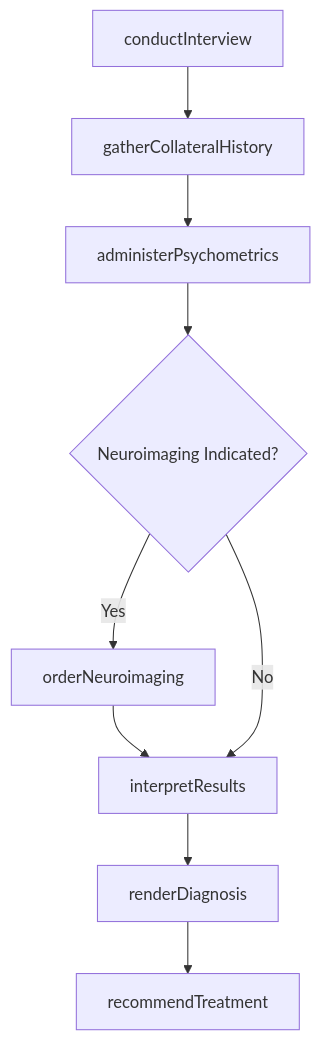
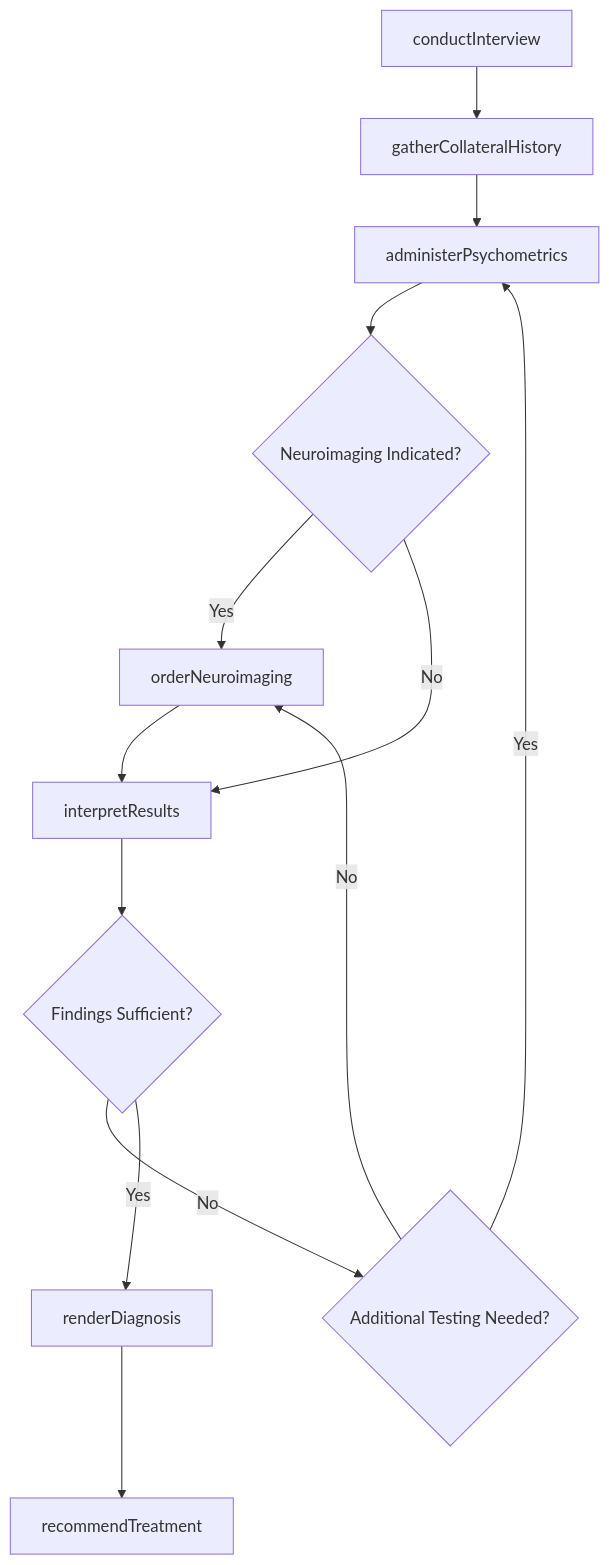
One commit to dot-org-ai/tasks.org.ai changed the third of 4 diagrams in MakingDecisionsAndSolvingProblems/DiagnoseHealthConditionsOrDisorders/DiagnoseNeuralPsychologicalDisorders.mdx. Above: the diagram before and after it, drawn with Mermaid. The commit also changed other lines of this file and 266 other files, not shown here.

First line of the commit message:
feat: Add ER diagrams, state diagrams to wave 2 batch (251 DWA files)

````diff
--- a/MakingDecisionsAndSolvingProblems/DiagnoseHealthConditionsOrDisorders/DiagnoseNeuralPsychologicalDisorders.mdx
+++ b/MakingDecisionsAndSolvingProblems/DiagnoseHealthConditionsOrDisorders/DiagnoseNeuralPsychologicalDisorders.mdx
@@ -86,11 +115,15 @@
 ```mermaid
 graph TD
     A[conductInterview] --> B[gatherCollateralHistory]
     B --> C[administerPsychometrics]
     C --> D{Neuroimaging Indicated?}
     D -->|Yes| E[orderNeuroimaging]
     E --> F[interpretResults]
     D -->|No| F
-    F --> G[renderDiagnosis]
-    G --> H[recommendTreatment]
+    F --> G{Findings Sufficient?}
+    G -->|No| H{Additional Testing Needed?}
+    H -->|Yes| C
+    H -->|No| E
+    G -->|Yes| I[renderDiagnosis]
+    I --> J[recommendTreatment]
 ```
````
